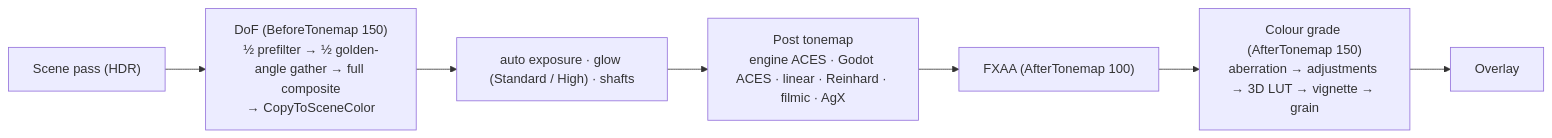
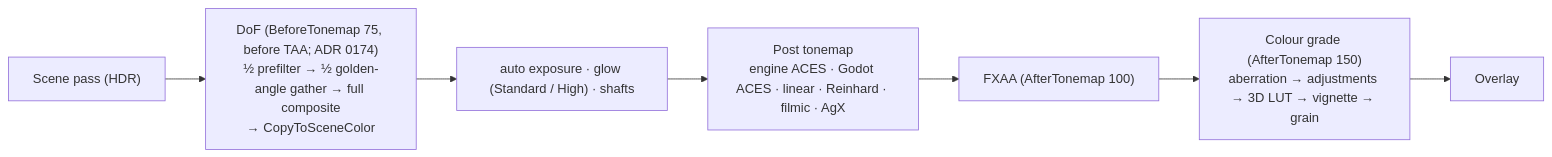
One commit to Mainframe-Games/mainframe-engine changed the second of 2 diagrams in docs/design/color-pipeline.md. Above: the diagram before and after it, drawn with Mermaid. The commit also changed other lines of this file and 91 other files, not shown here.

First line of the commit message:
Rendering: TAA upscaling and FSR 1 (ADR 0174)

````diff
--- a/docs/design/color-pipeline.md
+++ b/docs/design/color-pipeline.md
@@ -313,8 +313,8 @@
 ```mermaid
 flowchart LR
-    S["Scene pass (HDR)"] --> D["DoF (BeforeTonemap 150)<br/>½ prefilter → ½ golden-angle gather → full composite<br/>→ CopyToSceneColor"]
+    S["Scene pass (HDR)"] --> D["DoF (BeforeTonemap 75, before TAA; ADR 0174)<br/>½ prefilter → ½ golden-angle gather → full composite<br/>→ CopyToSceneColor"]
     D --> G["auto exposure · glow (Standard / High) · shafts"]
     G --> T["Post tonemap<br/>engine ACES · Godot ACES · linear · Reinhard · filmic · AgX"]
     T --> F["FXAA (AfterTonemap 100)"] --> C["Colour grade (AfterTonemap 150)<br/>aberration → adjustments → 3D LUT → vignette → grain"]
     C --> O["Overlay"]
 ```
````
